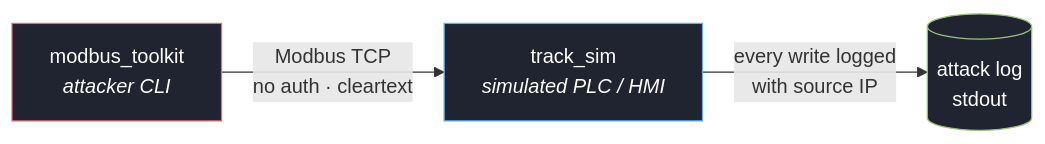
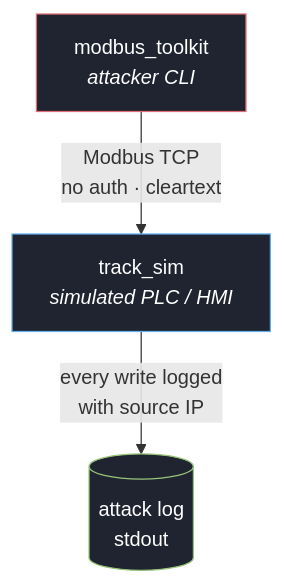
Before and after one commit to krnlbash/ics-modbus-siege: the diagram in README.md, drawn with Mermaid.

Commit message:
Change flowchart direction from LR to TD
Updated flowchart direction in architecture section.

````diff
--- a/README.md
+++ b/README.md
@@ -51,9 +51,9 @@
 ```mermaid
-flowchart LR
+flowchart TD
     A["modbus_toolkit<br/><i>attacker CLI</i>"] -- "Modbus TCP<br/>no auth · cleartext" --> B["track_sim<br/><i>simulated PLC / HMI</i>"]
     B -- "every write logged<br/>with source IP" --> C[("attack log<br/>stdout")]
 
     style A fill:#1f2430,stroke:#e06c75,color:#fff
     style B fill:#1f2430,stroke:#61afef,color:#fff
     style C fill:#1f2430,stroke:#98c379,color:#fff
 ```
````
